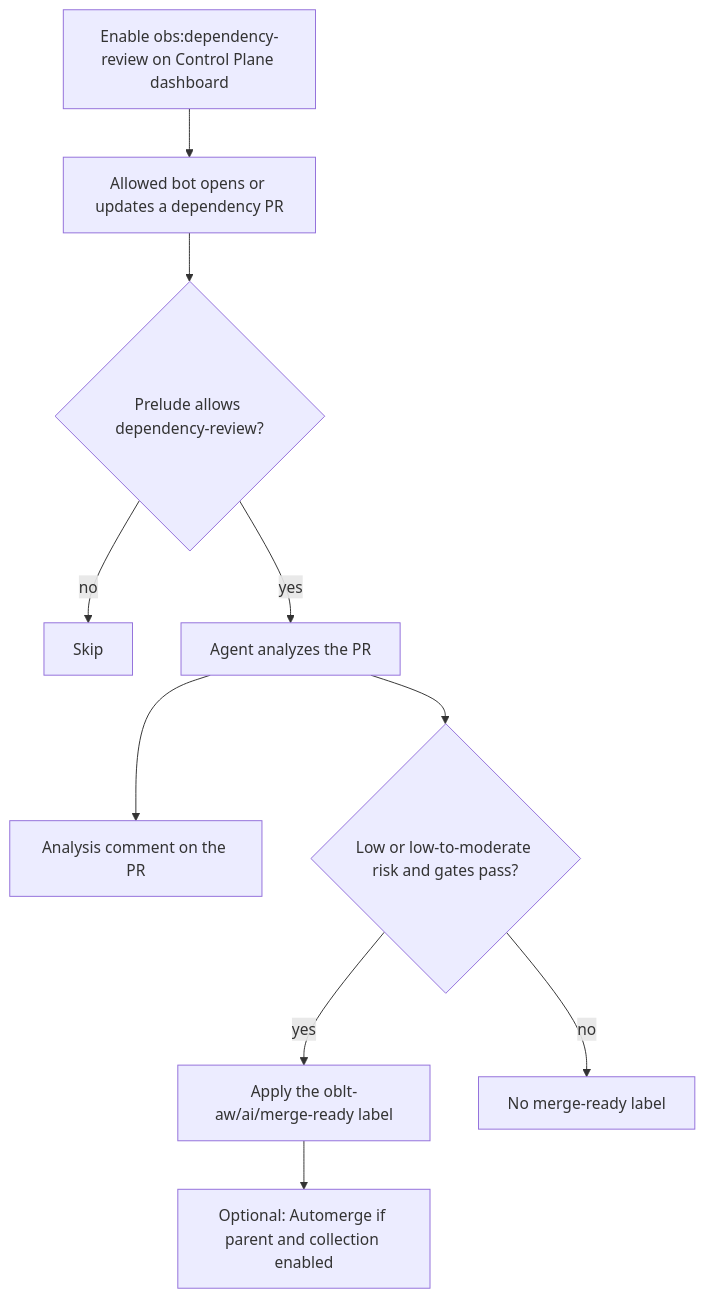
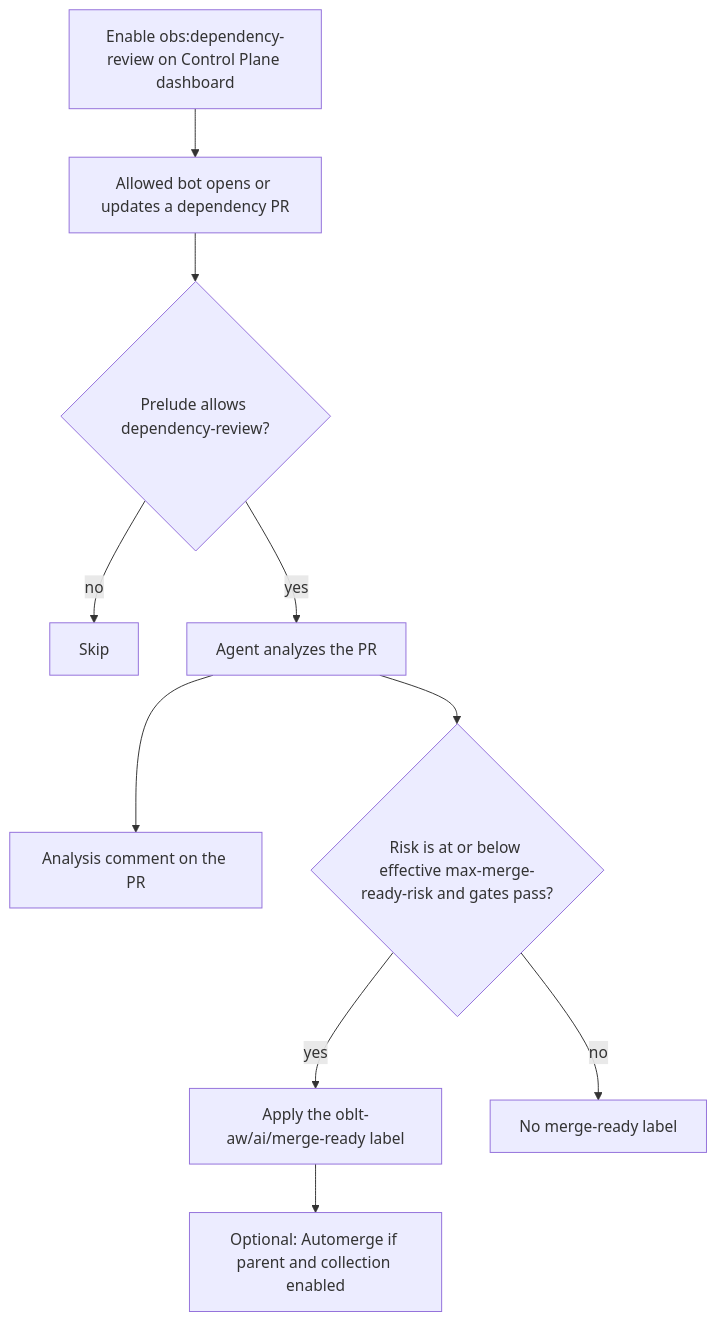
Before and after one commit to elastic/oblt-aw: the diagram in docs/user-guide/dependency-review.md, drawn with Mermaid. The commit also changed other lines of this file and 1 other file, not shown here.

````diff
--- a/docs/user-guide/dependency-review.md
+++ b/docs/user-guide/dependency-review.md
@@ -14,12 +14,12 @@
 ```mermaid
 flowchart TD
   A[Enable obs:dependency-review on Control Plane dashboard] --> B[Allowed bot opens or updates a dependency PR]
   B --> C{Prelude allows dependency-review?}
   C -->|no| Z[Skip]
   C -->|yes| D[Agent analyzes the PR]
   D --> E[Analysis comment on the PR]
-  D --> F{Low or low-to-moderate risk and gates pass?}
+  D --> F{Risk is at or below effective max-merge-ready-risk and gates pass?}
   F -->|yes| G[Apply the oblt-aw/ai/merge-ready label]
   F -->|no| H[No merge-ready label]
   G --> I[Optional: Automerge if parent and collection enabled]
 ```
````
